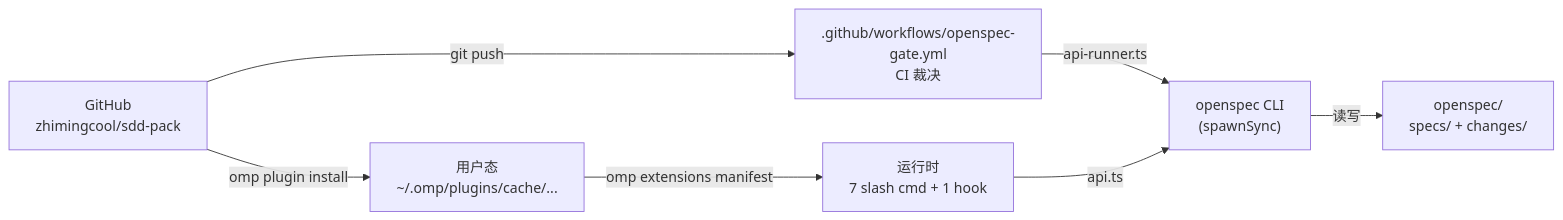
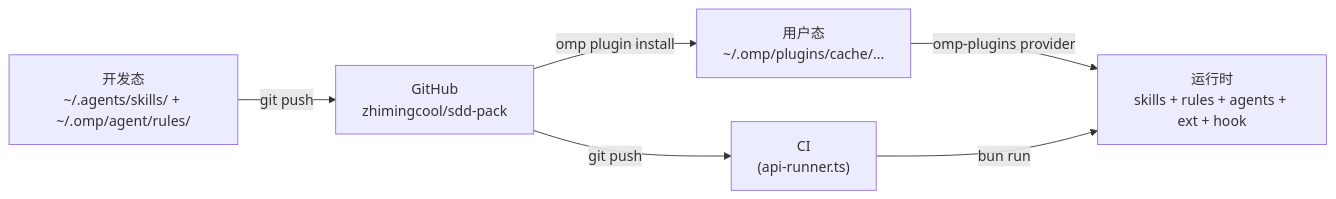
The second of 2 diagrams in docs/architecture/overview.md (Norman-pong/sdd-pack), drawn with Mermaid before and after one commit. The commit also changed other lines of this file, not shown here.

First line of the commit message:
docs(architecture): trim overview to current state only

````diff
--- a/docs/architecture/overview.md
+++ b/docs/architecture/overview.md
@@ -265,9 +152,8 @@
 ```mermaid
 graph LR
-    Repo["GitHub<br/>zhimingcool/sdd-pack"] -->|omp plugin install| Cache["用户态<br/>~/.omp/plugins/cache/..."]
-    Cache -->|omp extensions manifest| Runtime["运行时<br/>7 slash cmd + 1 hook"]
-    Repo -->|git push| CI[".github/workflows/openspec-gate.yml<br/>CI 裁决"]
-    CI -->|api-runner.ts| OpenSpec["openspec CLI<br/>(spawnSync)"]
-    Runtime -->|api.ts| OpenSpec
-    OpenSpec -->|读写| Project["openspec/<br/>specs/ + changes/"]
+    Dev["开发态<br/>~/.agents/skills/ + ~/.omp/agent/rules/"] -->|git push| Repo["GitHub<br/>zhimingcool/sdd-pack"]
+    Repo -->|omp plugin install| Cache["用户态<br/>~/.omp/plugins/cache/..."]
+    Cache -->|omp-plugins provider| Runtime["运行时<br/>skills + rules + agents + ext + hook"]
+    Repo -->|git push| CI["CI<br/>(api-runner.ts)"]
+    CI -->|bun run| Runtime
 ```
````
